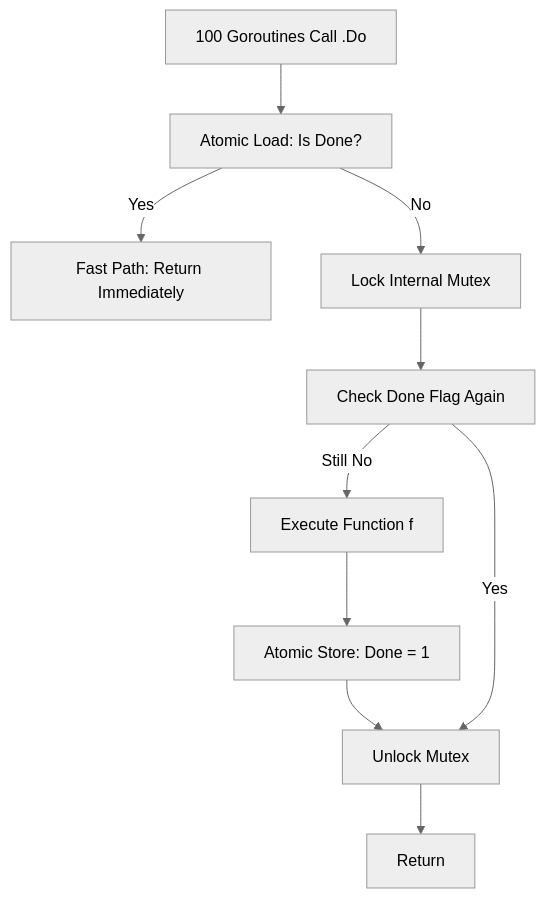
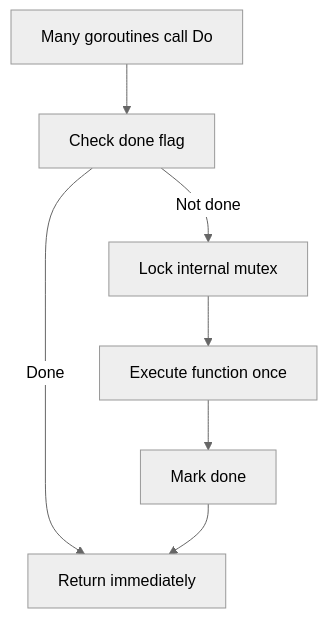
Before and after one commit to syahputrawork98-sketch/Golang-Knowledge-Base: the diagram in RAK-03-evolution/SR-03-concurrency/BK-01-low-level/CH-01-sync-once/README.md, drawn with Mermaid (neutral theme). The commit also changed other lines of this file and 61 other files, not shown here.

````diff
--- a/RAK-03-evolution/SR-03-concurrency/BK-01-low-level/CH-01-sync-once/README.md
+++ b/RAK-03-evolution/SR-03-concurrency/BK-01-low-level/CH-01-sync-once/README.md
@@ -41,12 +35,9 @@
 ```mermaid
 graph TD
-    Calls[100 Goroutines Call .Do] --> Atomic[Atomic Load: Is Done?]
-    Atomic -->|Yes| FastPath[Fast Path: Return Immediately]
-    Atomic -->|No| Mutex[Lock Internal Mutex]
-    Mutex --> SecondCheck[Check Done Flag Again]
-    SecondCheck -->|Still No| Execute[Execute Function f]
-    Execute --> Mark[Atomic Store: Done = 1]
-    Mark --> Unlock[Unlock Mutex]
-    SecondCheck -->|Yes| Unlock
-    Unlock --> Return[Return]
+    Calls[Many goroutines call Do] --> Check[Check done flag]
+    Check -->|Done| Return[Return immediately]
+    Check -->|Not done| Lock[Lock internal mutex]
+    Lock --> Execute[Execute function once]
+    Execute --> Mark[Mark done]
+    Mark --> Return
 ```
````
